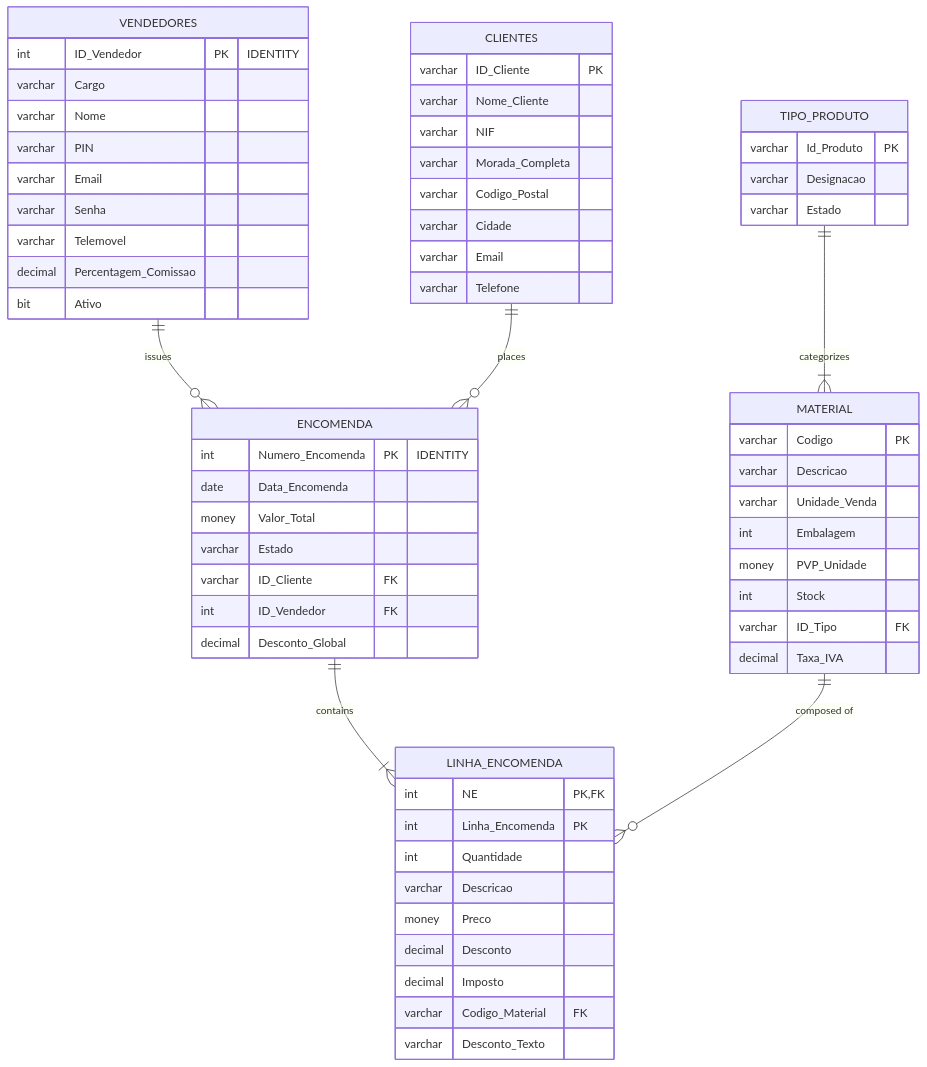
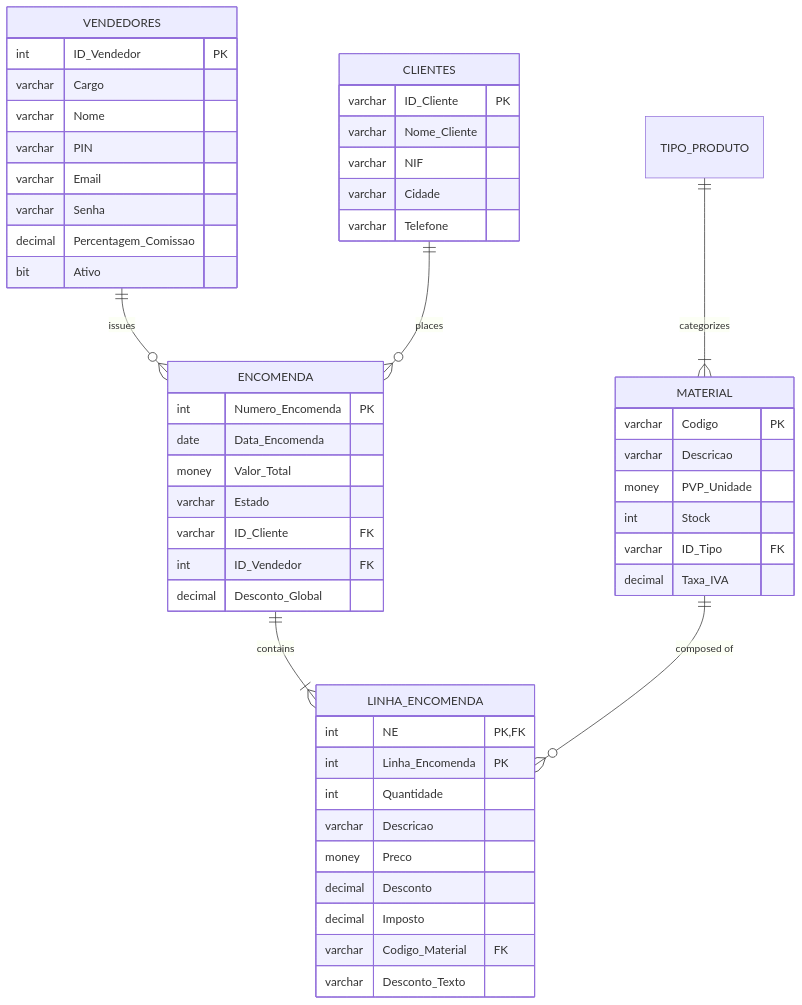
One commit to Afonsojlc/commercial-sales-manager changed the diagram in README.md. Above: the diagram before and after it, drawn with Mermaid. The commit also changed other lines of this file, not shown here.

````diff
--- a/README.md
+++ b/README.md
@@ -189,70 +99,58 @@
 ```mermaid
 erDiagram
     VENDEDORES ||--o{ ENCOMENDA : "issues"
     CLIENTES ||--o{ ENCOMENDA : "places"
     ENCOMENDA ||--|{ LINHA_ENCOMENDA : "contains"
     TIPO_PRODUTO ||--|{ MATERIAL : "categorizes"
     MATERIAL ||--o{ LINHA_ENCOMENDA : "composed of"
 
     VENDEDORES {
-        int ID_Vendedor PK "IDENTITY"
+        int ID_Vendedor PK
         varchar Cargo
         varchar Nome
         varchar PIN
         varchar Email
         varchar Senha
-        varchar Telemovel
         decimal Percentagem_Comissao
         bit Ativo
     }
 
     CLIENTES {
         varchar ID_Cliente PK
         varchar Nome_Cliente
         varchar NIF
-        varchar Morada_Completa
-        varchar Codigo_Postal
         varchar Cidade
-        varchar Email
         varchar Telefone
-    }
-
-    TIPO_PRODUTO {
-        varchar Id_Produto PK
-        varchar Designacao
-        varchar Estado
     }
 
     MATERIAL {
         varchar Codigo PK
         varchar Descricao
-        varchar Unidade_Venda
-        int Embalagem
         money PVP_Unidade
         int Stock
         varchar ID_Tipo FK
         decimal Taxa_IVA
     }
 
     ENCOMENDA {
-        int Numero_Encomenda PK "IDENTITY"
+        int Numero_Encomenda PK
         date Data_Encomenda
         money Valor_Total
         varchar Estado
         varchar ID_Cliente FK
         int ID_Vendedor FK
         decimal Desconto_Global
     }
 
     LINHA_ENCOMENDA {
         int NE PK,FK
         int Linha_Encomenda PK
         int Quantidade
         varchar Descricao
         money Preco
         decimal Desconto
         decimal Imposto
         varchar Codigo_Material FK
         varchar Desconto_Texto
     }
 ```
````
